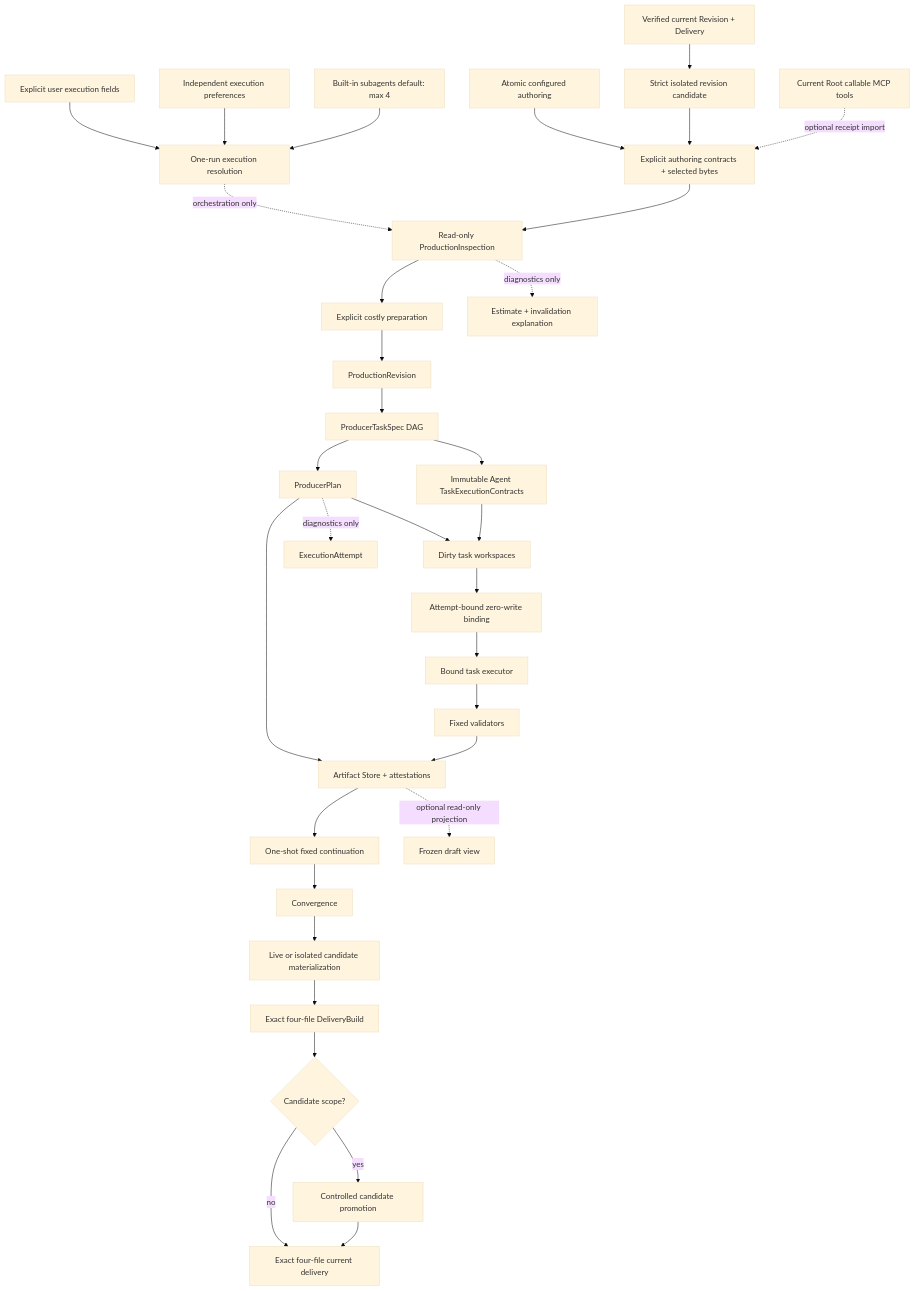
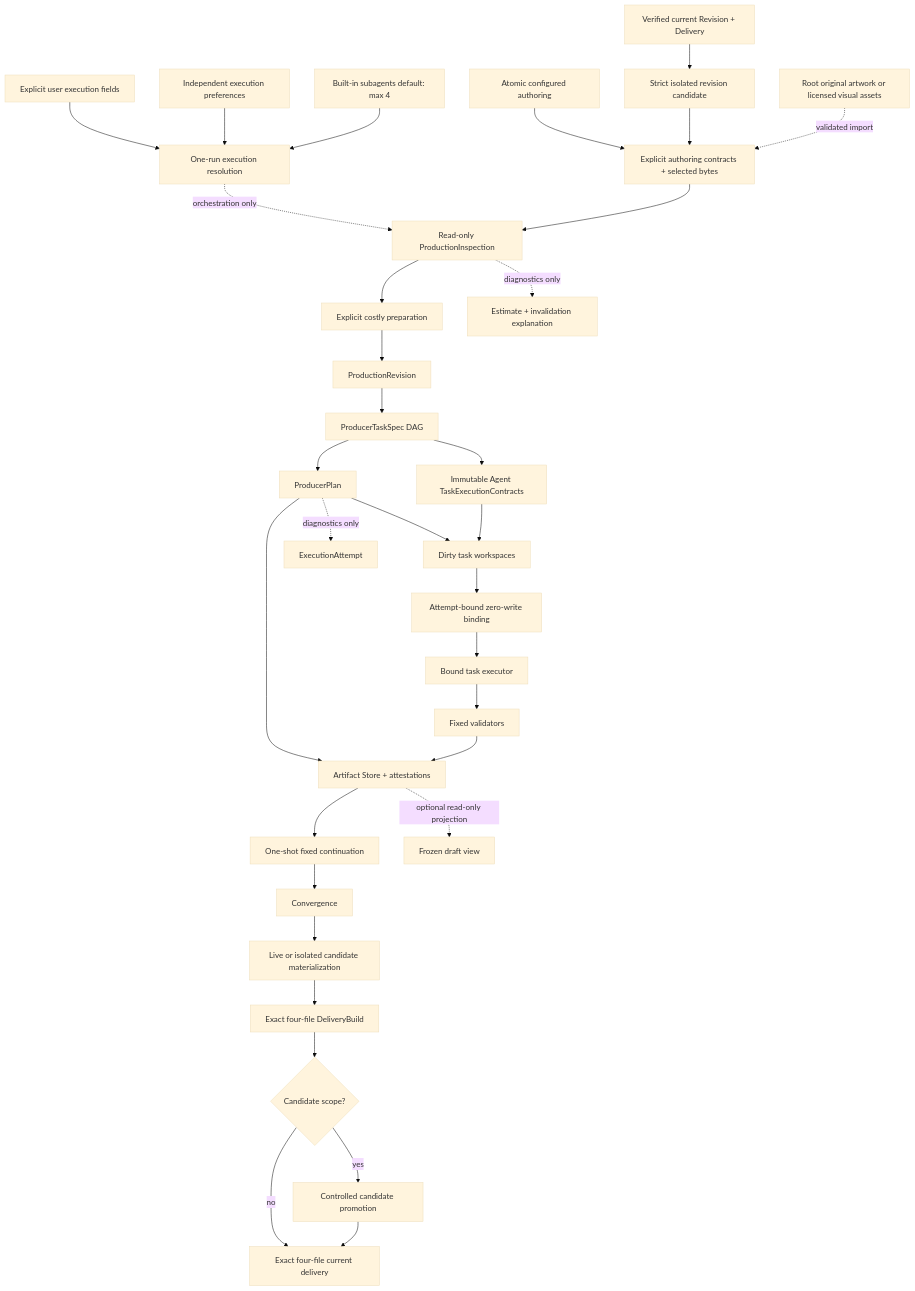
One commit to AXMORF/axmorf-studio changed the diagram in docs/ARCHITECTURE.md. Above: the diagram before and after it, drawn with Mermaid (base theme). The commit also changed other lines of this file and 113 other files, not shown here.

````diff
--- a/docs/ARCHITECTURE.md
+++ b/docs/ARCHITECTURE.md
@@ -100,35 +102,35 @@
 ```mermaid
 flowchart TD
   Create[Atomic configured authoring] --> Inputs[Explicit authoring contracts + selected bytes]
   Current[Verified current Revision + Delivery] --> Candidate[Strict isolated revision candidate]
   Candidate --> Inputs
-  AgentTools[Current Root callable MCP tools] -. optional receipt import .-> Inputs
+  AgentTools[Root original artwork or licensed visual assets] -. validated import .-> Inputs
   Prompt[Explicit user execution fields] --> Execution[One-run execution resolution]
   Settings[Independent execution preferences] --> Execution
   Builtin[Built-in subagents default: max 4] --> Execution
   Execution -. orchestration only .-> Inspection
   Inputs --> Inspection[Read-only ProductionInspection]
   Inspection --> Prepare[Explicit costly preparation]
   Prepare --> Revision[ProductionRevision]
   Revision --> Tasks[ProducerTaskSpec DAG]
   Tasks --> Contracts[Immutable Agent TaskExecutionContracts]
   Tasks --> Plan[ProducerPlan]
   Plan --> Work[Dirty task workspaces]
   Contracts --> Work
   Plan --> Artifacts[Reused artifacts]
   Work --> Bind[Attempt-bound zero-write binding]
   Bind --> Executor[Bound task executor]
   Executor --> Validator[Fixed validators]
   Validator --> Artifacts[Artifact Store + attestations]
   Artifacts --> Continue[One-shot fixed continuation]
   Artifacts -. optional read-only projection .-> Preview[Frozen draft view]
   Continue --> Converge[Convergence]
   Converge --> Scope[Live or isolated candidate materialization]
   Scope --> Delivery[Exact four-file DeliveryBuild]
   Delivery --> CandidateGate{Candidate scope?}
   CandidateGate -->|no| DeliveryCurrent[Exact four-file current delivery]
   CandidateGate -->|yes| Promote[Controlled candidate promotion]
   Promote --> DeliveryCurrent
   Inspection -. diagnostics only .-> Explanation[Estimate + invalidation explanation]
   Plan -. diagnostics only .-> Attempt[ExecutionAttempt]
 ```
````
